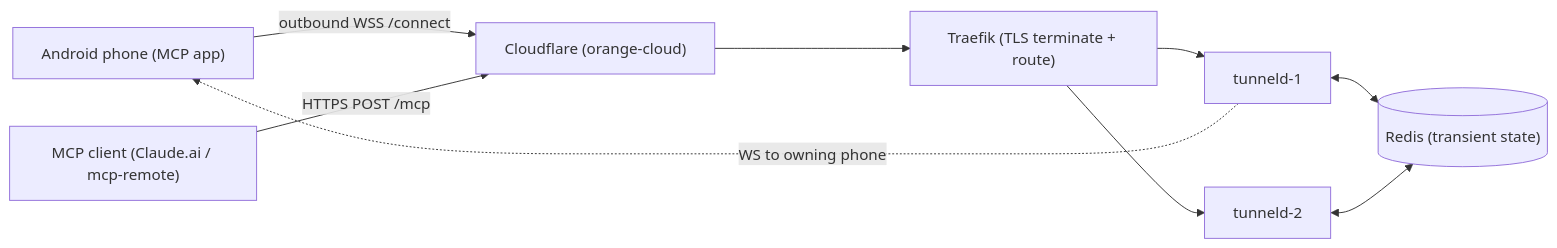
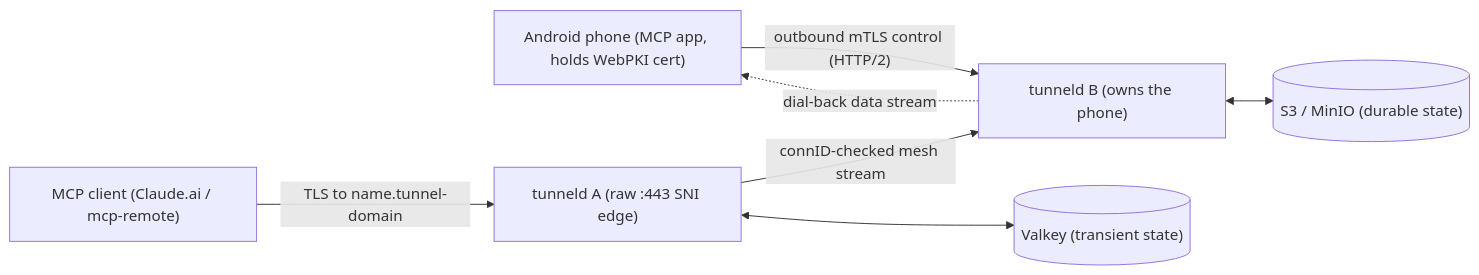
One commit to danielealbano/android-remote-control-mcp-tunneld changed the diagram in README.md. Above: the diagram before and after it, drawn with Mermaid. The commit also changed other lines of this file and 4 other files, not shown here.

First line of the commit message:
docs(docs): US15 — rewrite canonical docs + project.md for the E2E architecture

````diff
--- a/README.md
+++ b/README.md
@@ -15,19 +15,16 @@
 ```mermaid
 flowchart LR
-  phone["Android phone (MCP app)"]
-  mcpclient["MCP client (Claude.ai / mcp-remote)"]
-  cf["Cloudflare (orange-cloud)"]
-  traefik["Traefik (TLS terminate + route)"]
-  t1["tunneld-1"]
-  t2["tunneld-2"]
-  redis[("Redis (transient state)")]
+  phone["Android phone (MCP app, holds WebPKI cert)"]
+  client["MCP client (Claude.ai / mcp-remote)"]
+  ta["tunneld A (raw :443 SNI edge)"]
+  tb["tunneld B (owns the phone)"]
+  valkey[("Valkey (transient state)")]
+  s3[("S3 / MinIO (durable state)")]
 
-  phone -- "outbound WSS /connect" --> cf
-  mcpclient -- "HTTPS POST /mcp" --> cf
-  cf --> traefik
-  traefik --> t1
-  traefik --> t2
-  t1 <--> redis
-  t2 <--> redis
-  t1 -. "WS to owning phone" .-> phone
+  phone -- "outbound mTLS control (HTTP/2)" --> tb
+  client -- "TLS to name.tunnel-domain" --> ta
+  ta -- "connID-checked mesh stream" --> tb
+  tb -. "dial-back data stream" .-> phone
+  ta <--> valkey
+  tb <--> s3
 ```
````
